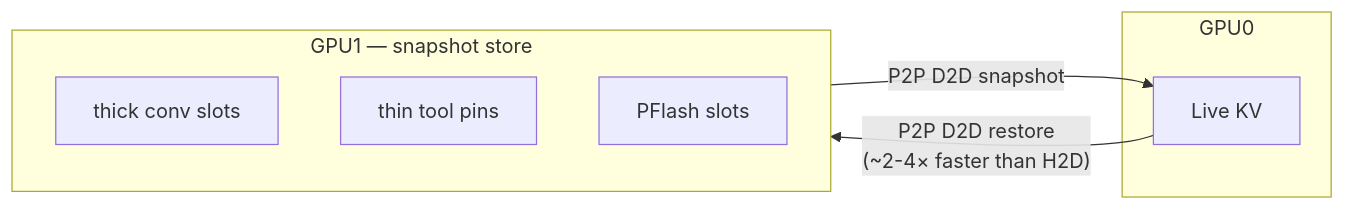
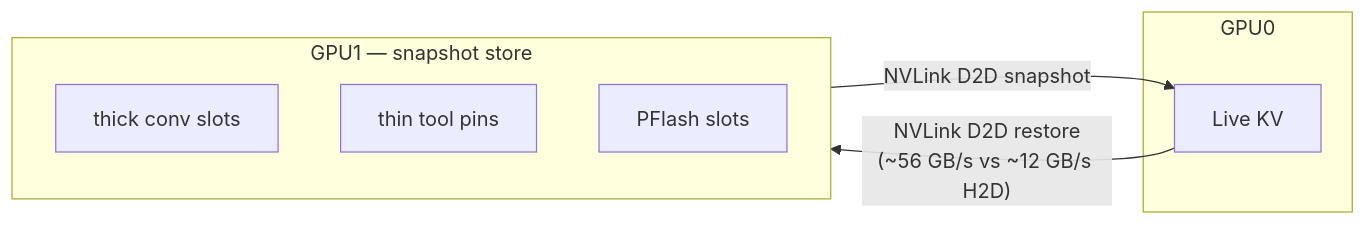
Before and after one commit to davidmroth/model-runner-v4: the third of 6 diagrams in docs/research-nextgen-archecture.md, drawn with Mermaid. The commit also changed other lines of this file, not shown here.

First line of the commit message:
docs: fold measured NVLink NV4 topology into next-gen architecture research

````diff
--- a/docs/research-nextgen-archecture.md
+++ b/docs/research-nextgen-archecture.md
@@ -79,13 +105,13 @@
 ```mermaid
 flowchart LR
   subgraph gpu0a["GPU0"]
     KVa["Live KV"]
   end
   subgraph gpu1a["GPU1 — snapshot store"]
     S1["thick conv slots"]
     S2["thin tool pins"]
     S3["PFlash slots"]
   end
-  KVa -- "P2P D2D restore<br/>(~2-4× faster than H2D)" --> gpu1a
-  gpu1a -- "P2P D2D snapshot" --> KVa
+  KVa -- "NVLink D2D restore<br/>(~56 GB/s vs ~12 GB/s H2D)" --> gpu1a
+  gpu1a -- "NVLink D2D snapshot" --> KVa
 ```
````
